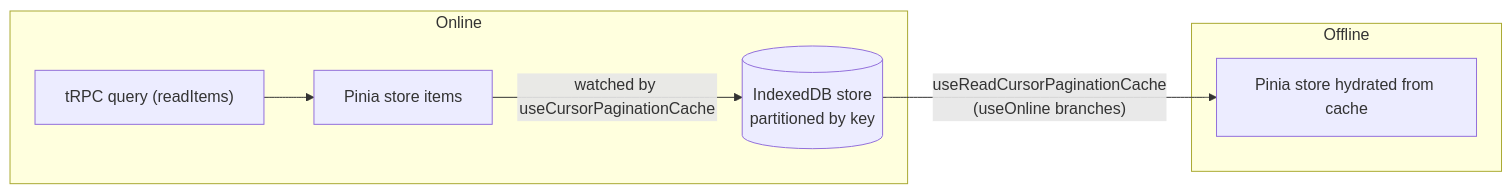
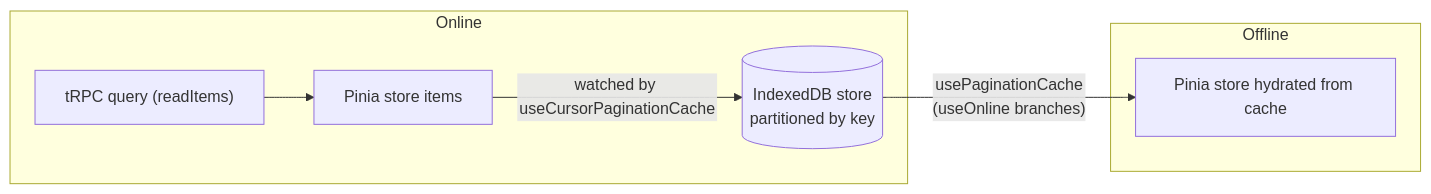
One commit to Esposter/Esposter changed the diagram in packages/app/content/docs/esbabbler/offline-cache.md. Above: the diagram before and after it, drawn with Mermaid. The commit also changed other lines of this file and 37 other files, not shown here.

````diff
--- a/packages/app/content/docs/esbabbler/offline-cache.md
+++ b/packages/app/content/docs/esbabbler/offline-cache.md
@@ -12,11 +12,11 @@
 ```mermaid
 flowchart LR
   subgraph online [Online]
     Q["tRPC query (readItems)"] --> STORE["Pinia store items"]
     STORE -->|"watched by useCursorPaginationCache"| IDB[("IndexedDB store<br/>partitioned by key")]
   end
 
   subgraph offline [Offline]
-    IDB -->|"useReadCursorPaginationCache<br/>(useOnline branches)"| STORE2["Pinia store hydrated from cache"]
+    IDB -->|"usePaginationCache<br/>(useOnline branches)"| STORE2["Pinia store hydrated from cache"]
   end
 ```
````
